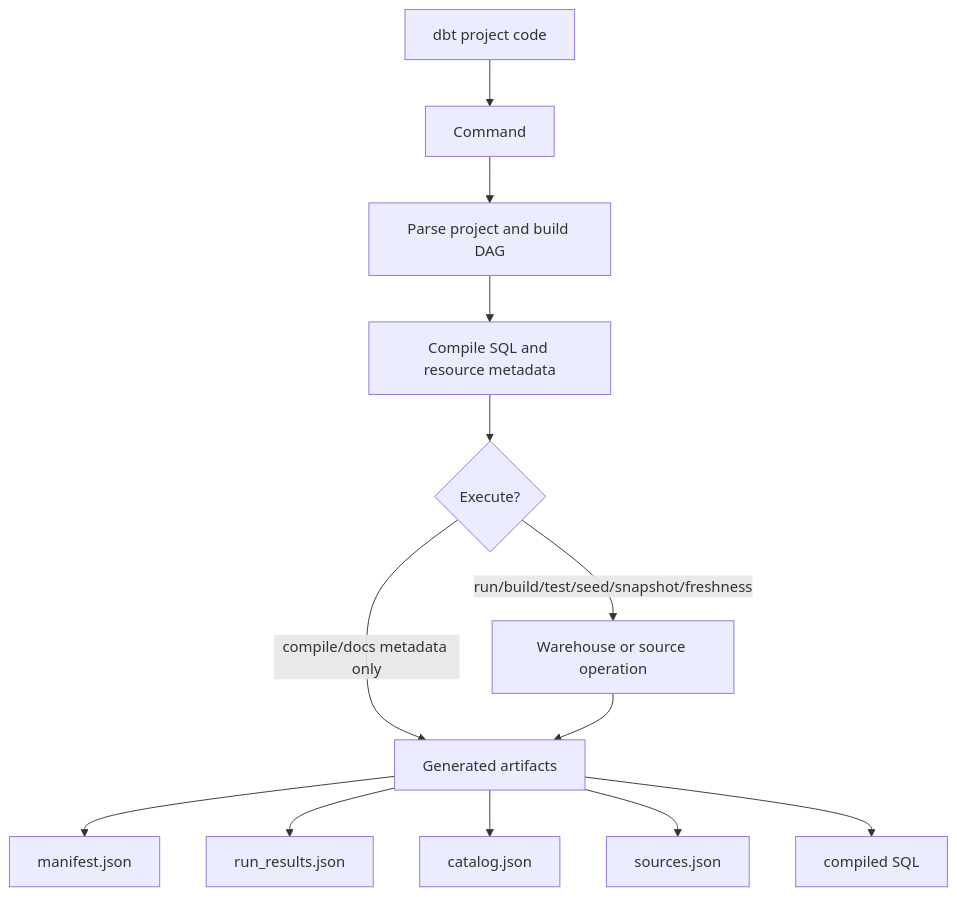
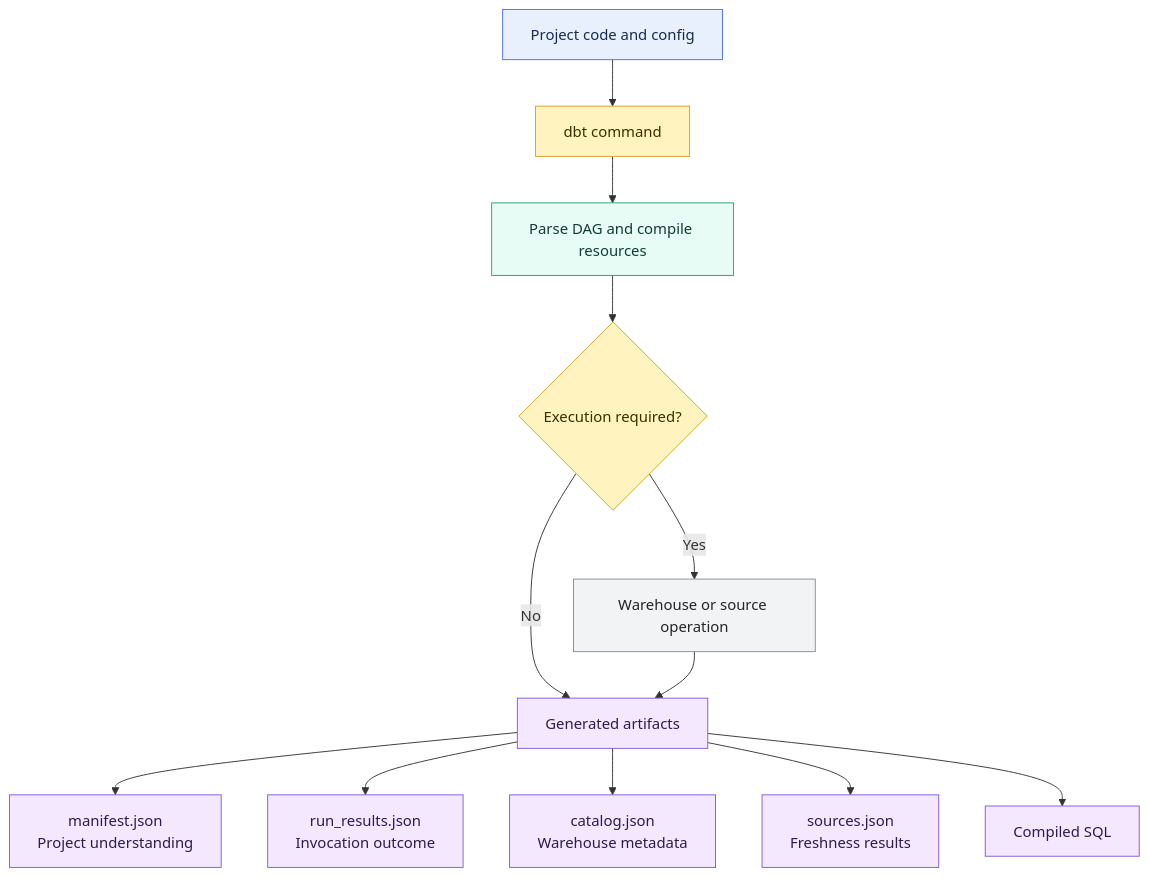
One commit to shonningsoy/Upskill changed the diagram in 02 dbt/01 Core Concepts and Project Structure/06 Commands and Artifacts.md. Above: the diagram before and after it, drawn with Mermaid. The commit also changed other lines of this file and 10 other files, not shown here.

````diff
--- a/02 dbt/01 Core Concepts and Project Structure/06 Commands and Artifacts.md
+++ b/02 dbt/01 Core Concepts and Project Structure/06 Commands and Artifacts.md
@@ -79,16 +80,29 @@
 ```mermaid
 flowchart TD
-    A[dbt project code] --> B[Command]
-    B --> C[Parse project and build DAG]
-    C --> D[Compile SQL and resource metadata]
-    D --> E{Execute?}
-    E -->|compile/docs metadata only| F[Generated artifacts]
-    E -->|run/build/test/seed/snapshot/freshness| G[Warehouse or source operation]
-    G --> F
+    PROJECT[Project code and config] --> COMMAND[dbt command]
+    COMMAND --> DBT[Parse DAG and compile resources]
+    DBT --> ACTION{Execution required?}
 
-    F --> H[manifest.json]
-    F --> I[run_results.json]
-    F --> J[catalog.json]
-    F --> K[sources.json]
-    F --> L[compiled SQL]
+    ACTION -->|No| ARTIFACTS[Generated artifacts]
+    ACTION -->|Yes| PLATFORM[Warehouse or source operation]
+    PLATFORM --> ARTIFACTS
+
+    ARTIFACTS --> MANIFEST[manifest.json<br/>Project understanding]
+    ARTIFACTS --> RESULTS[run_results.json<br/>Invocation outcome]
+    ARTIFACTS --> CATALOG[catalog.json<br/>Warehouse metadata]
+    ARTIFACTS --> SOURCES[sources.json<br/>Freshness results]
+    ARTIFACTS --> SQL[Compiled SQL]
+
+    classDef input fill:#E8F0FE,stroke:#4C6EF5,color:#172B4D
+    classDef dbt fill:#E6FCF5,stroke:#2F9E7B,color:#123C34
+    classDef control fill:#FFF3BF,stroke:#D69E2E,color:#3D2E00
+    classDef platform fill:#F1F3F5,stroke:#868E96,color:#212529
+    classDef output fill:#F3E8FF,stroke:#805AD5,color:#2D1B4E
+
+    class PROJECT input
+    class COMMAND control
+    class DBT dbt
+    class ACTION control
+    class PLATFORM platform
+    class ARTIFACTS,MANIFEST,RESULTS,CATALOG,SOURCES,SQL output
 ```
````
